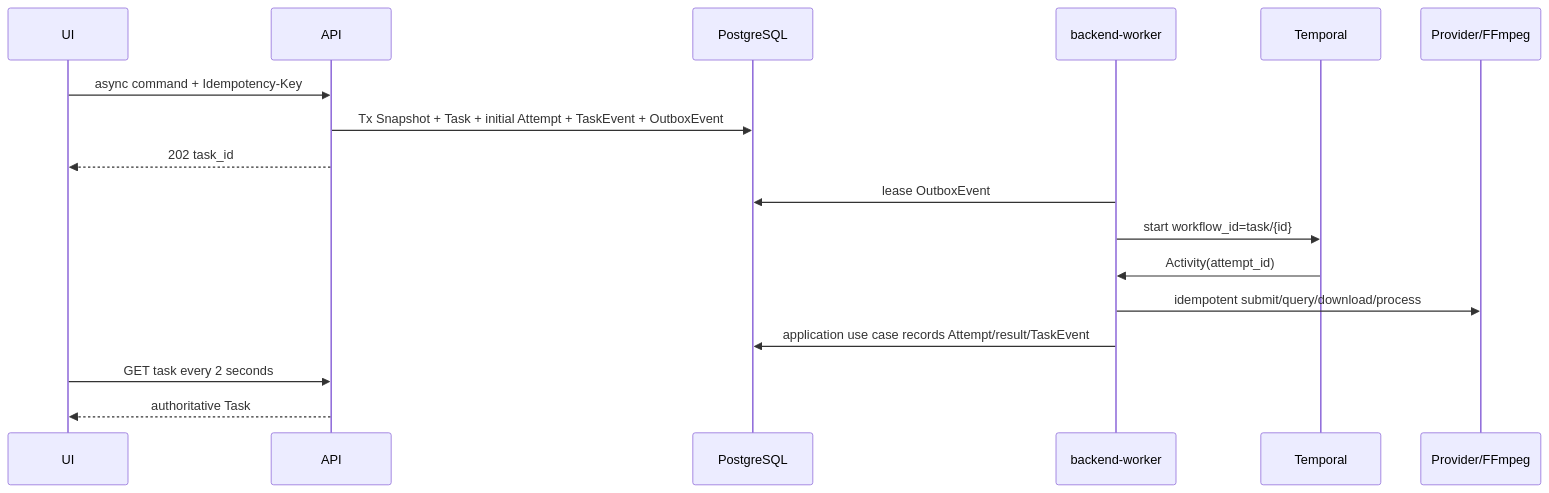
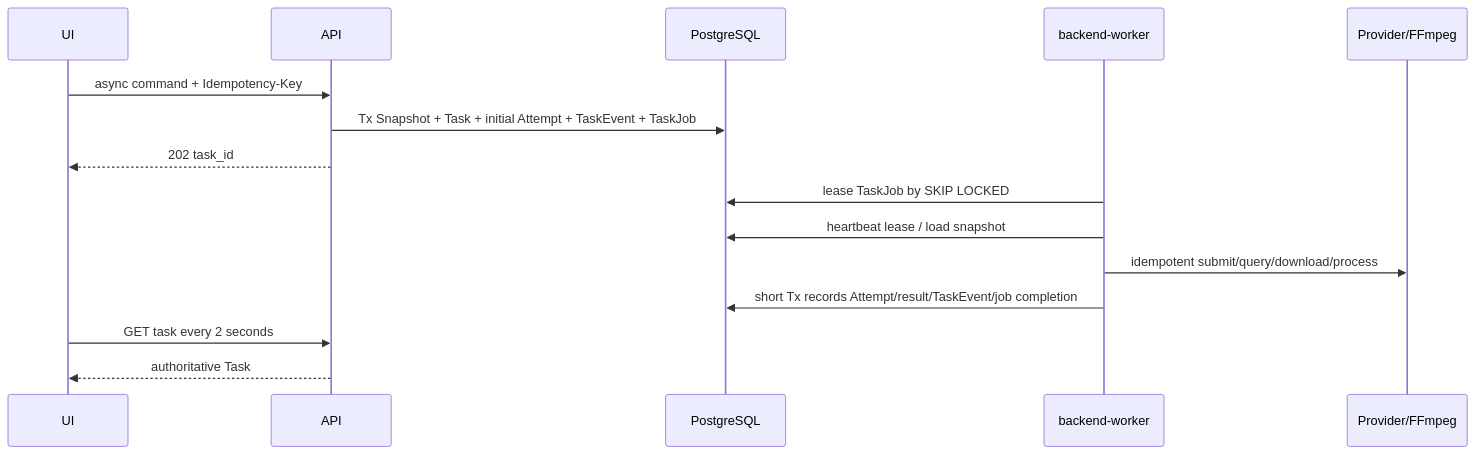
The diagram in docs/design/03-任务执行与媒体处理.md (StephenQiu30/lanverse), drawn with Mermaid before and after one commit. The commit also changed other lines of this file and 30 other files, not shown here.

````diff
--- a/docs/design/03-任务执行与媒体处理.md
+++ b/docs/design/03-任务执行与媒体处理.md
@@ -60,19 +60,17 @@
 ```mermaid
 sequenceDiagram
   participant U as UI
   participant A as API
   participant P as PostgreSQL
   participant W as backend-worker
-  participant T as Temporal
   participant R as Provider/FFmpeg
   U->>A: async command + Idempotency-Key
-  A->>P: Tx Snapshot + Task + initial Attempt + TaskEvent + OutboxEvent
+  A->>P: Tx Snapshot + Task + initial Attempt + TaskEvent + TaskJob
   A-->>U: 202 task_id
-  W->>P: lease OutboxEvent
-  W->>T: start workflow_id=task/{id}
-  T->>W: Activity(attempt_id)
+  W->>P: lease TaskJob by SKIP LOCKED
+  W->>P: heartbeat lease / load snapshot
   W->>R: idempotent submit/query/download/process
-  W->>P: application use case records Attempt/result/TaskEvent
+  W->>P: short Tx records Attempt/result/TaskEvent/job completion
   U->>A: GET task every 2 seconds
   A-->>U: authoritative Task
 ```
````
